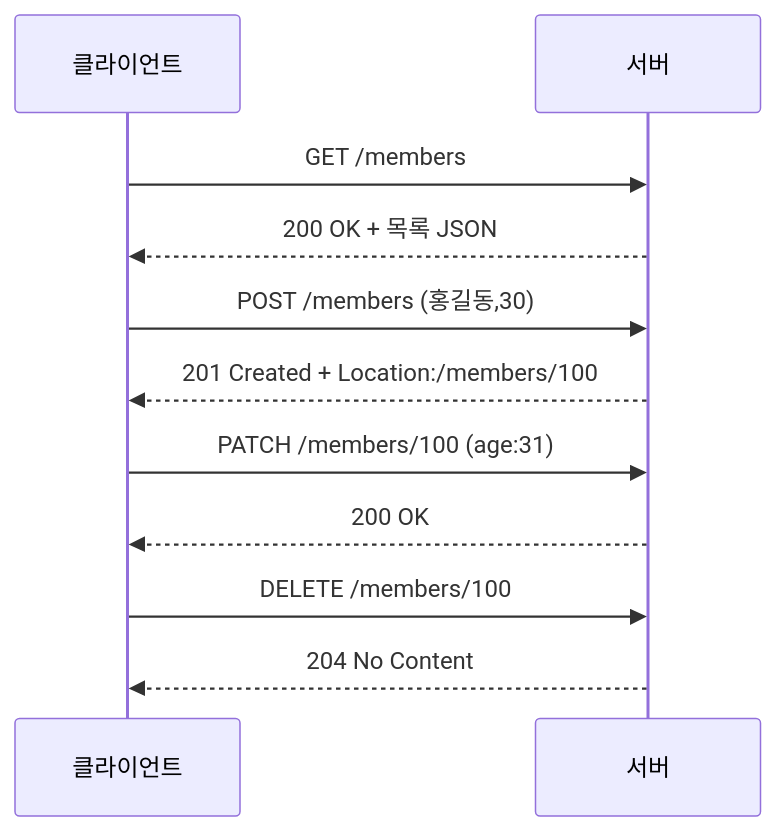
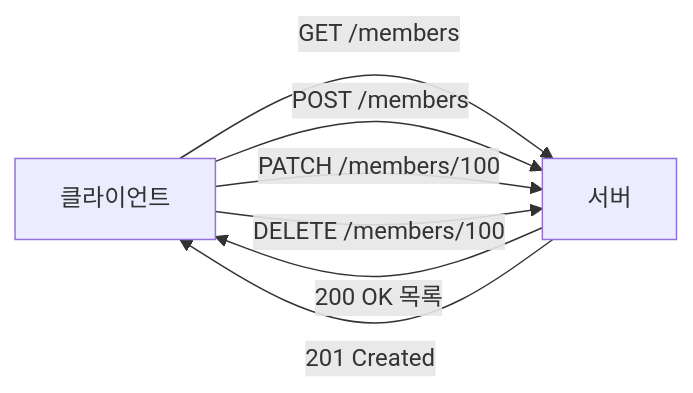
The diagram in _posts/http/2021-01-07-http-3.md (yjkim2015/yjkim2015.github.io), drawn with Mermaid before and after one commit. The commit also changed 50 other files, not shown here.

First line of the commit message:
stateDiagram 11개 graph LR 변환 + 테이블 빈 셀 17개 수정

````diff
--- a/_posts/http/2021-01-07-http-3.md
+++ b/_posts/http/2021-01-07-http-3.md
@@ -56,13 +56,9 @@
 ```mermaid
-sequenceDiagram
-    participant C as 클라이언트
-    participant S as 서버
-    C->>S: GET /members
-    S-->>C: 200 OK + 목록 JSON
-    C->>S: POST /members (홍길동,30)
-    S-->>C: 201 Created + Location:/members/100
-    C->>S: PATCH /members/100 (age:31)
-    S-->>C: 200 OK
-    C->>S: DELETE /members/100
-    S-->>C: 204 No Content
+graph LR
+    C["클라이언트"] -->|"GET /members"| S["서버"]
+    S -->|"200 OK 목록"| C
+    C -->|"POST /members"| S
+    S -->|"201 Created"| C
+    C -->|"PATCH /members/100"| S
+    C -->|"DELETE /members/100"| S
 ```
````
